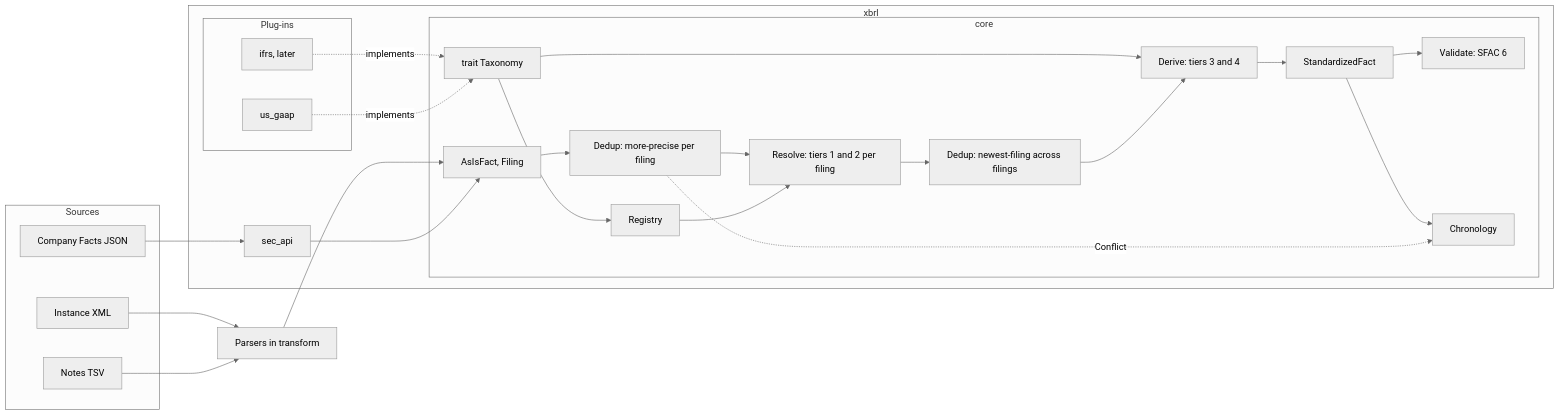
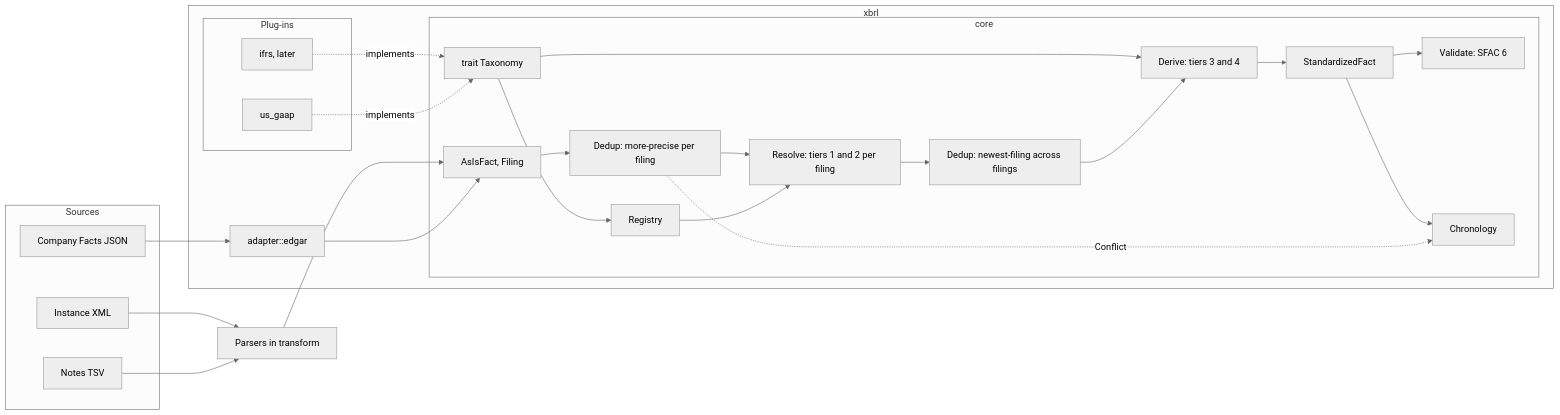
Before and after one commit to ironcapitaleu/arkad: the first of 2 diagrams in xbrl/DESIGN.md, drawn with Mermaid (neutral theme). The commit also changed other lines of this file and 32 other files, not shown here.

````diff
--- a/xbrl/DESIGN.md
+++ b/xbrl/DESIGN.md
@@ -64,38 +69,38 @@
 ```mermaid
 flowchart LR
   subgraph Sources
     N[Notes TSV]
     I[Instance XML]
     J[Company Facts JSON]
   end
   subgraph xbrl
     subgraph core
       A[AsIsFact, Filing]
       T[trait Taxonomy]
       R[Registry]
       D1[Dedup: more-precise per filing]
       RES[Resolve: tiers 1 and 2 per filing]
       D2[Dedup: newest-filing across filings]
       DER[Derive: tiers 3 and 4]
       V[Validate: SFAC 6]
       C[Chronology]
       S[StandardizedFact]
     end
     subgraph plugins[Plug-ins]
       U[us_gaap]
       F[ifrs, later]
     end
-    SA[sec_api]
+    SA[adapter::edgar]
   end
   J --> SA --> A
   N --> P[Parsers in transform] --> A
   I --> P
   U -. implements .-> T
   F -. implements .-> T
   T --> R --> RES
   A --> D1 --> RES --> D2 --> DER --> S
   D1 -. Conflict .-> C
   T --> DER
   S --> V
   S --> C
 ```
````
